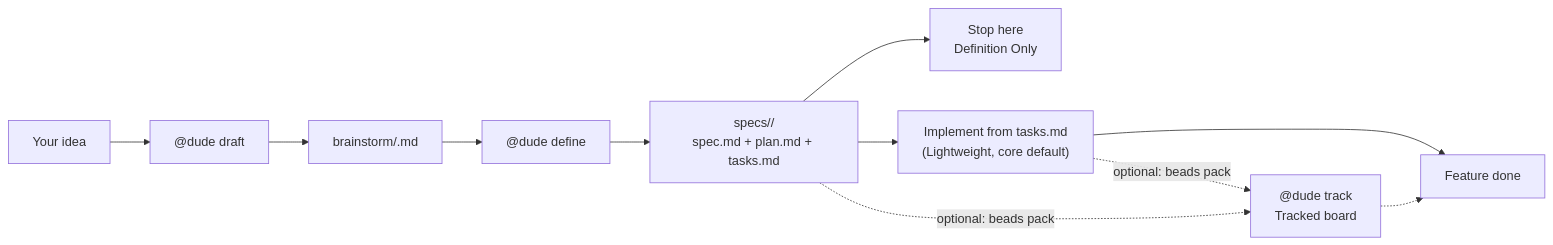
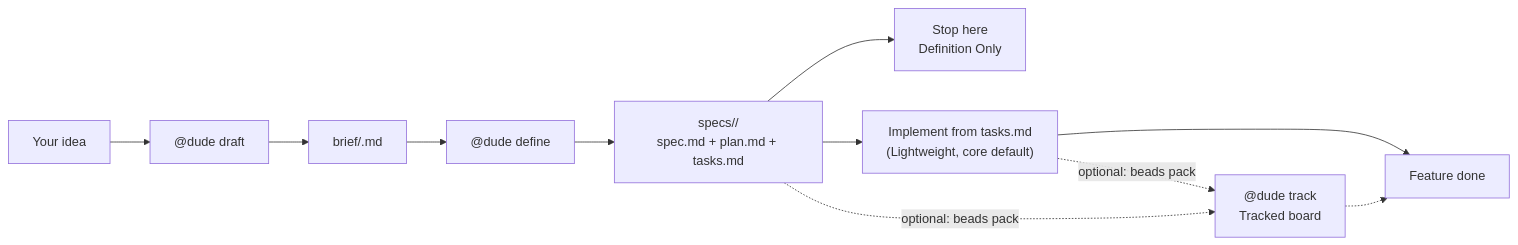
The diagram in README.md (E-G-C/dude), drawn with Mermaid before and after one commit. The commit also changed other lines of this file and 34 other files, not shown here.

First line of the commit message:
refactor(brief): rename brainstorm -> brief across bundle + docs

````diff
--- a/README.md
+++ b/README.md
@@ -21,13 +21,13 @@
 ```mermaid
 flowchart LR
   IDEA["Your idea"] --> DRAFT["@dude draft"]
-  DRAFT --> BRAIN["brainstorm/<feature>.md"]
+  DRAFT --> BRAIN["brief/<feature>.md"]
   BRAIN --> DEFINE["@dude define"]
   DEFINE --> PACKAGE["specs/<feature>/\nspec.md + plan.md + tasks.md"]
   PACKAGE --> STOP["Stop here\nDefinition Only"]
   PACKAGE --> TASKS["Implement from tasks.md\n(Lightweight, core default)"]
   TASKS --> DONE["Feature done"]
   PACKAGE -.->|optional: beads pack| TRACK["@dude track\nTracked board"]
   TASKS -.->|optional: beads pack| TRACK
   TRACK -.-> DONE
 ```
````
